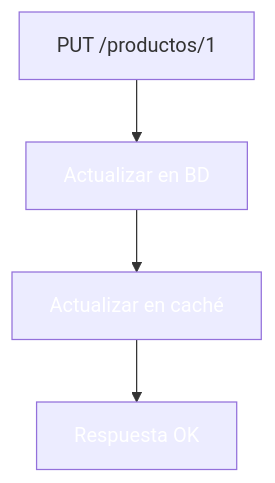
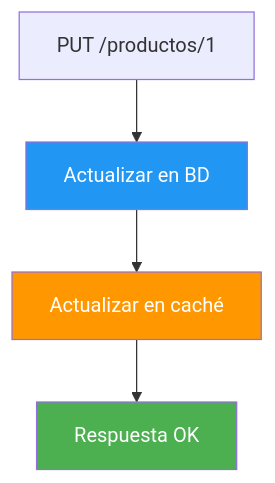
The ninth of 17 diagrams in 14-cache-redis.md (joseluisgs/DesarrolloWebEntornosServidor-02-2026-2027), drawn with Mermaid before and after one commit. The commit also changed other lines of this file, not shown here.

````diff
--- a/14-cache-redis.md
+++ b/14-cache-redis.md
@@ -341,9 +346,9 @@
 ```mermaid
 flowchart TD
     A["PUT /productos/1"] --> B["Actualizar en BD"]
     B --> C["Actualizar en caché"]
     C --> D["Respuesta OK"]
-    style B fill:#2196F,color:#fff3,color:#fff
-    style C fill:#FF980,color:#fff0,color:#fff
-    style D fill:#4CAF5,color:#fff0,color:#fff
+    style B fill:#2196F3,color:#fff
+    style C fill:#FF9800,color:#fff
+    style D fill:#4CAF50,color:#fff
 ```
````
